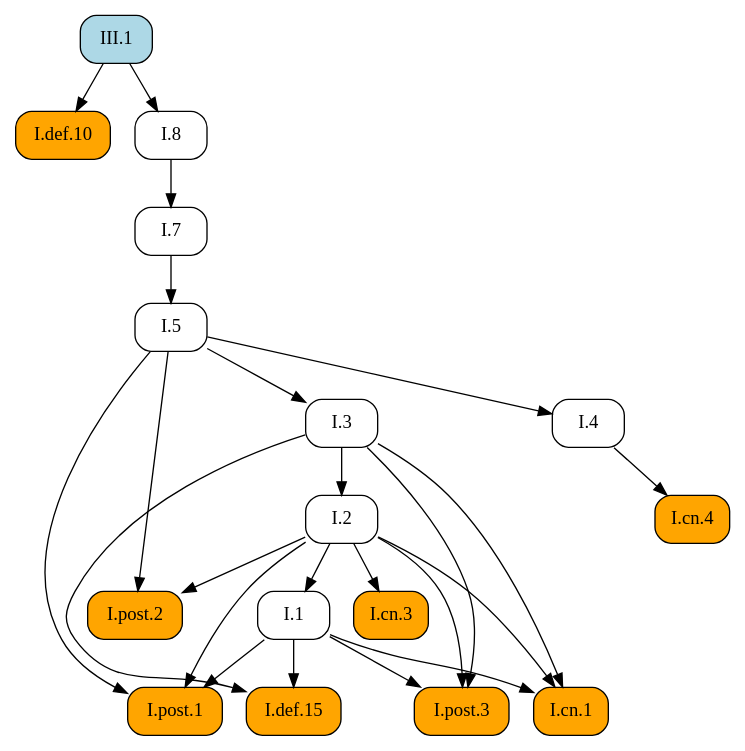
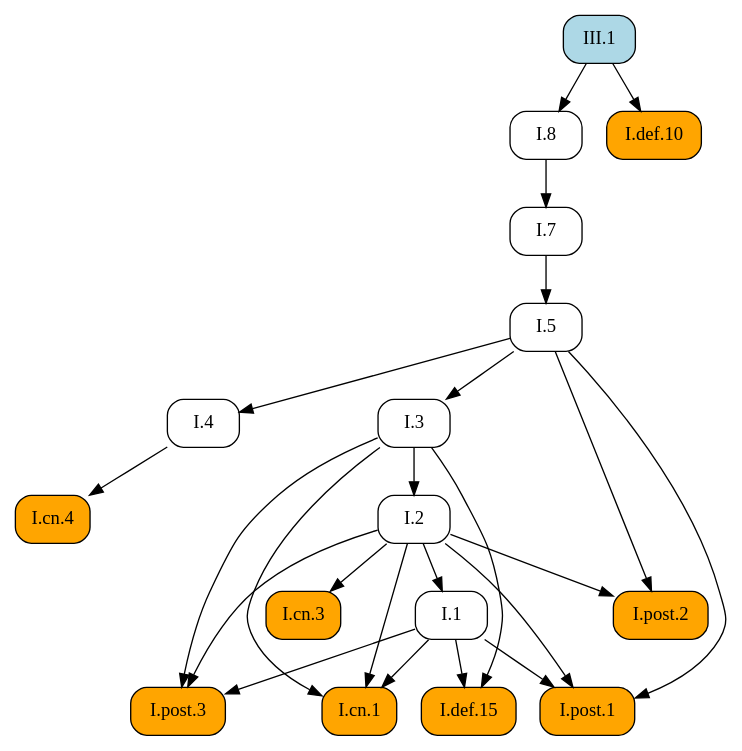
The diagram in docsrc/elements2/III/1/index.rst (geometor/elements), drawn with Graphviz before and after one commit. The commit also changed other lines of this file and 171 other files, not shown here.

```diff
--- a/docsrc/elements2/III/1/index.rst
+++ b/docsrc/elements2/III/1/index.rst
@@ -99,45 +99,45 @@
 .. graphviz::
 
    digraph {
      rankdir="TB";
      node [shape=box, style=rounded];
-     "I.def.10" [style="rounded,filled", fillcolor=orange, URL="/elements2/I/def.10/", target="_top"];
-     "I.post.2" [style="rounded,filled", fillcolor=orange, URL="/elements2/I/post.2/", target="_top"];
+     "I.8" [URL="/elements2/I/8/", target="_top"];
+     "I.post.3" [style="rounded,filled", fillcolor=orange, URL="/elements2/I/post.3/", target="_top"];
+     "I.2" [URL="/elements2/I/2/", target="_top"];
      "I.1" [URL="/elements2/I/1/", target="_top"];
-     "I.8" [URL="/elements2/I/8/", target="_top"];
-     "I.7" [URL="/elements2/I/7/", target="_top"];
-     "I.post.1" [style="rounded,filled", fillcolor=orange, URL="/elements2/I/post.1/", target="_top"];
-     "I.2" [URL="/elements2/I/2/", target="_top"];
-     "I.3" [URL="/elements2/I/3/", target="_top"];
-     "I.cn.1" [style="rounded,filled", fillcolor=orange, URL="/elements2/I/cn.1/", target="_top"];
+     "I.cn.4" [style="rounded,filled", fillcolor=orange, URL="/elements2/I/cn.4/", target="_top"];
      "I.cn.3" [style="rounded,filled", fillcolor=orange, URL="/elements2/I/cn.3/", target="_top"];
      "I.def.15" [style="rounded,filled", fillcolor=orange, URL="/elements2/I/def.15/", target="_top"];
-     "I.cn.4" [style="rounded,filled", fillcolor=orange, URL="/elements2/I/cn.4/", target="_top"];
-     "I.post.3" [style="rounded,filled", fillcolor=orange, URL="/elements2/I/post.3/", target="_top"];
+     "I.4" [URL="/elements2/I/4/", target="_top"];
+     "I.7" [URL="/elements2/I/7/", target="_top"];
      "III.1" [style="rounded,filled", fillcolor=lightblue, URL="/elements2/III/1/", target="_top"];
+     "I.post.1" [style="rounded,filled", fillcolor=orange, URL="/elements2/I/post.1/", target="_top"];
+     "I.3" [URL="/elements2/I/3/", target="_top"];
+     "I.post.2" [style="rounded,filled", fillcolor=orange, URL="/elements2/I/post.2/", target="_top"];
      "I.5" [URL="/elements2/I/5/", target="_top"];
-     "I.4" [URL="/elements2/I/4/", target="_top"];
-     "III.1" -> "I.def.10";
-     "I.2" -> "I.post.2";
-     "I.5" -> "I.post.2";
+     "I.cn.1" [style="rounded,filled", fillcolor=orange, URL="/elements2/I/cn.1/", target="_top"];
+     "I.def.10" [style="rounded,filled", fillcolor=orange, URL="/elements2/I/def.10/", target="_top"];
+     "III.1" -> "I.8";
+     "I.1" -> "I.post.3";
+     "I.2" -> "I.post.3";
+     "I.3" -> "I.post.3";
+     "I.3" -> "I.2";
      "I.2" -> "I.1";
-     "III.1" -> "I.8";
+     "I.4" -> "I.cn.4";
+     "I.2" -> "I.cn.3";
+     "I.1" -> "I.def.15";
+     "I.3" -> "I.def.15";
+     "I.5" -> "I.4";
      "I.8" -> "I.7";
      "I.1" -> "I.post.1";
      "I.2" -> "I.post.1";
      "I.5" -> "I.post.1";
-     "I.3" -> "I.2";
      "I.5" -> "I.3";
+     "I.2" -> "I.post.2";
+     "I.5" -> "I.post.2";
+     "I.7" -> "I.5";
      "I.1" -> "I.cn.1";
      "I.2" -> "I.cn.1";
      "I.3" -> "I.cn.1";
-     "I.2" -> "I.cn.3";
-     "I.1" -> "I.def.15";
-     "I.3" -> "I.def.15";
-     "I.4" -> "I.cn.4";
-     "I.1" -> "I.post.3";
-     "I.2" -> "I.post.3";
-     "I.3" -> "I.post.3";
-     "I.7" -> "I.5";
-     "I.5" -> "I.4";
+     "III.1" -> "I.def.10";
    }
```
